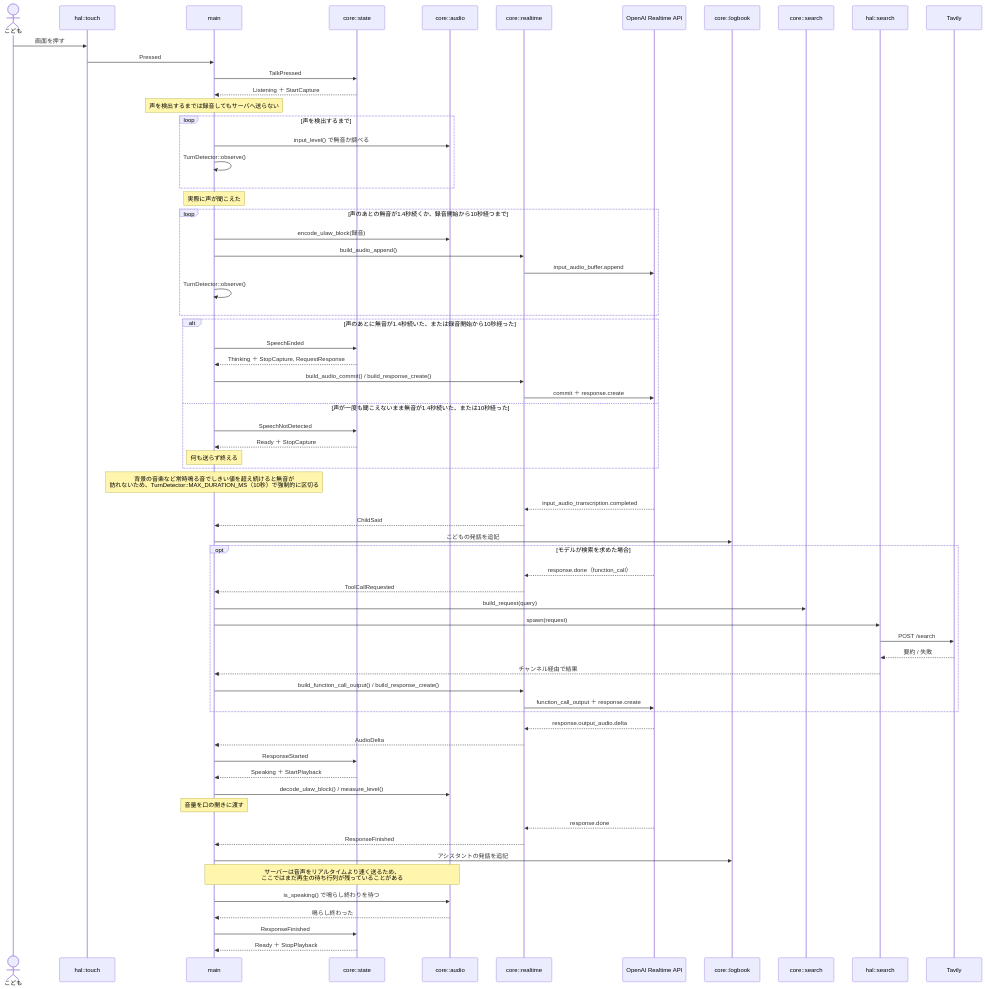
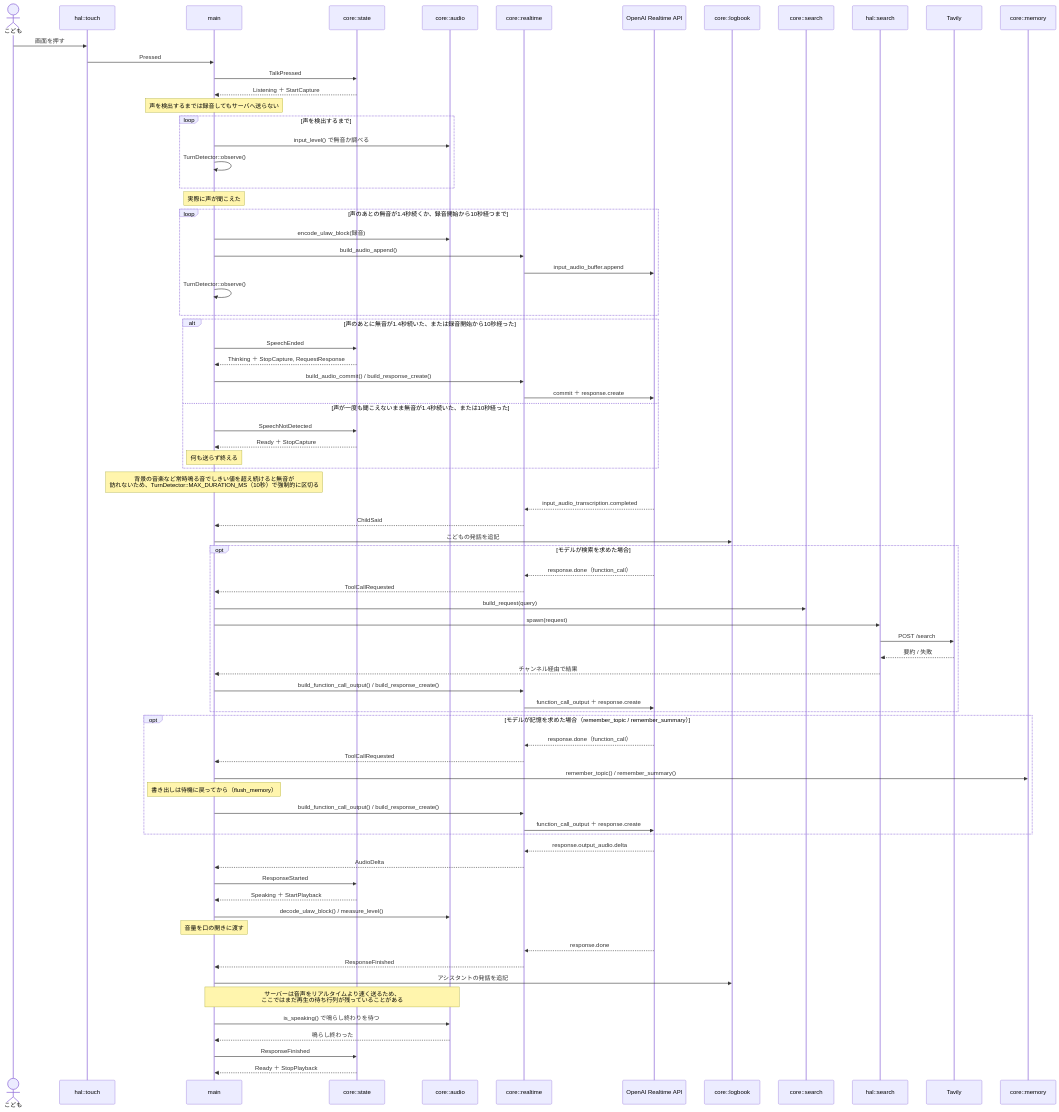
Before and after one commit to kibou-vision/m5a: the second of 3 diagrams in docs/design/conversation.md, drawn with Mermaid. The commit also changed 6 other files, not shown here.

```diff
--- a/docs/design/conversation.md
+++ b/docs/design/conversation.md
@@ -45,6 +45,7 @@
   participant Search as core::search
   participant HalSearch as hal::search
   participant Tavily as Tavily
+  participant Mem as core::memory
 
   Child->>Touch: 画面を押す
   Touch->>Main: Pressed
@@ -93,6 +94,15 @@
     Proto->>API: function_call_output ＋ response.create
   end
 
+  opt モデルが記憶を求めた場合（remember_topic / remember_summary）
+    API-->>Proto: response.done（function_call）
+    Proto-->>Main: ToolCallRequested
+    Main->>Mem: remember_topic() / remember_summary()
+    Note over Main: 書き出しは待機に戻ってから（flush_memory）
+    Main->>Proto: build_function_call_output() / build_response_create()
+    Proto->>API: function_call_output ＋ response.create
+  end
+
   API-->>Proto: response.output_audio.delta
   Proto-->>Main: AudioDelta
   Main->>State: ResponseStarted
```
